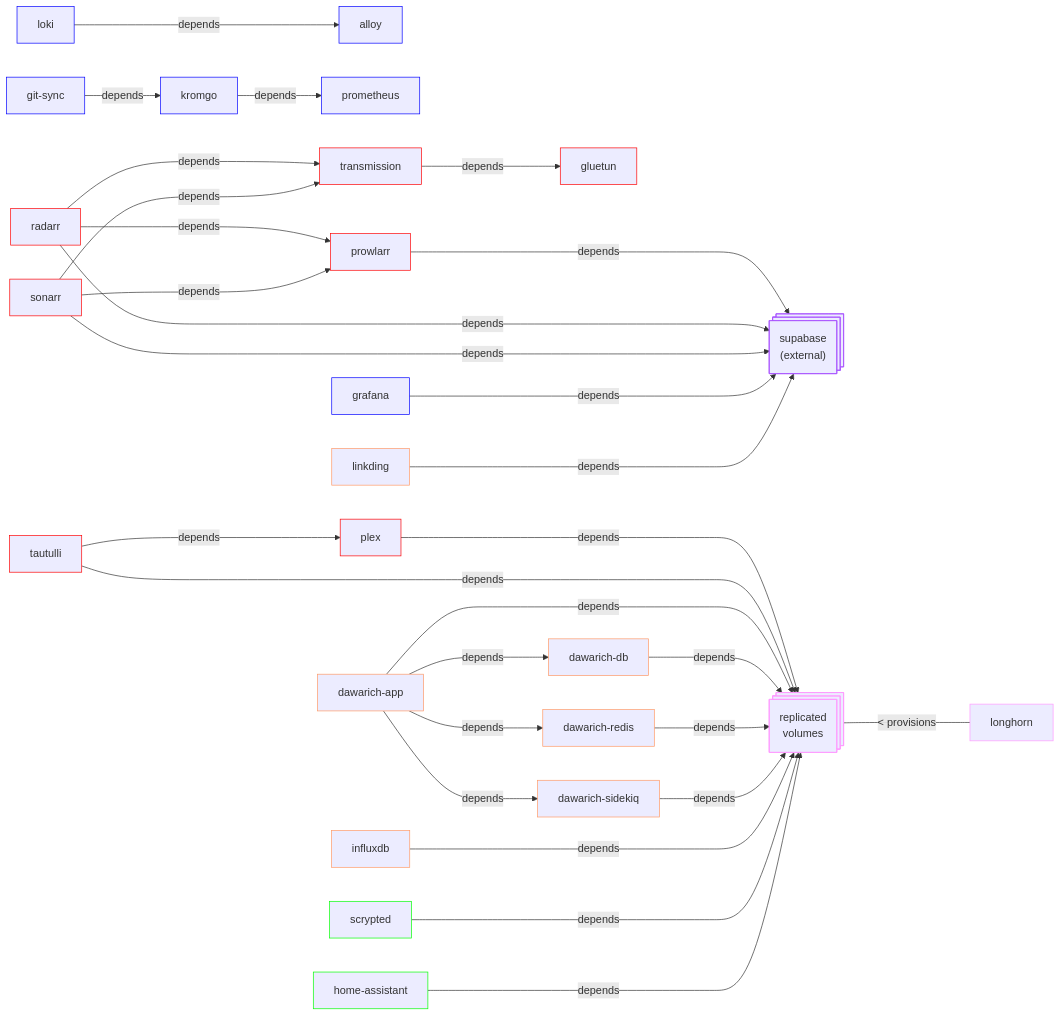
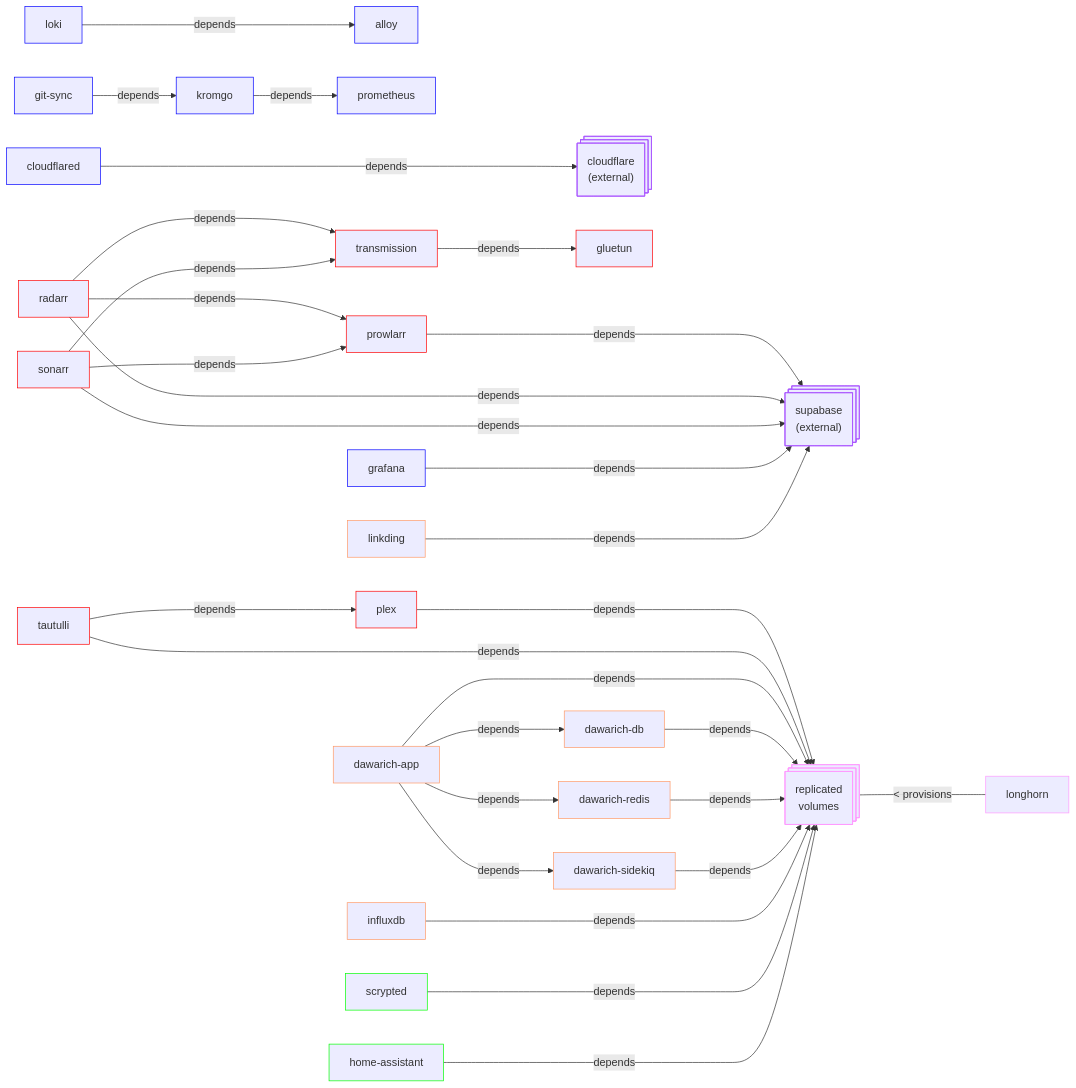
Before and after one commit to jaredfiorali/infrastructure: the first of 3 diagrams in README.md, drawn with Mermaid. The commit also changed other lines of this file, not shown here.

Commit message:
Better definitions for cloudflared usage for DNS on the network

````diff
--- a/README.md
+++ b/README.md
@@ -106,41 +107,43 @@
 ```mermaid
 graph LR
+W[cloudflared]:::blue -----> |depends| X[cloudflare]
 Z[git-sync]:::blue --> |depends| N[kromgo]
 O[loki]:::blue ---> |depends| K[alloy]
 N[kromgo]:::blue --> |depends| I[prometheus]
 B[prowlarr]:::red -----> |depends| Y[supabase]
 C[radarr]:::red ---> |depends| B[prowlarr]
 C[radarr]:::red ---> |depends| F[transmission]
 C[radarr]:::red -----> |depends| Y[supabase]
 D[sonarr]:::red ---> |depends| B[prowlarr]
 D[sonarr]:::red ---> |depends| F[transmission]
 D[sonarr]:::red -----> |depends| Y[supabase]
 F[transmission]:::red ---> |depends| G[gluetun]
 G[gluetun]:::red
 L[grafana]:::blue -----> |depends| Y[supabase]
 V[linkding]:::orange -----> |depends| Y[supabase]
 E[tautulli]:::red ---> |depends| A[plex]
 A[plex]:::red -----> |depends| H[replicated\nvolumes]
 E[tautulli]:::red -----> |depends| H[replicated\nvolumes]
 T[dawarich-app]:::orange ---> |depends| U[dawarich-db]
 T[dawarich-app]:::orange ---> |depends| P[dawarich-redis]
 T[dawarich-app]:::orange ---> |depends| Q[dawarich-sidekiq]
 T[dawarich-app]:::orange ---> |depends| H[replicated\nvolumes]
 U[dawarich-db]:::orange ---> |depends| H[replicated\nvolumes]
 P[dawarich-redis]:::orange ---> |depends| H[replicated\nvolumes]
 Q[dawarich-sidekiq]:::orange ---> |depends| H[replicated\nvolumes]
 M[influxdb]:::orange -----> |depends| H[replicated\nvolumes]
 R[scrypted]:::green -----> |depends| H[replicated\nvolumes]
 S[home-assistant]:::green -----> |depends| H[replicated\nvolumes]
 I[prometheus]:::blue
 K[alloy]:::blue
 H:::pink@{ shape: processes, label: "replicated\nvolumes" } <--- |< provisions| J[longhorn]:::pink
 Y:::purple@{ shape: processes, label: "supabase\n(external)" }
+X:::purple@{ shape: processes, label: "cloudflare\n(external)" }
 
 classDef red stroke:#f00
 classDef blue stroke:#00f
 classDef green stroke:#0f0
 classDef orange stroke:#f96
 classDef pink stroke:#f9f
 classDef purple stroke:#a5f
 ```
````
